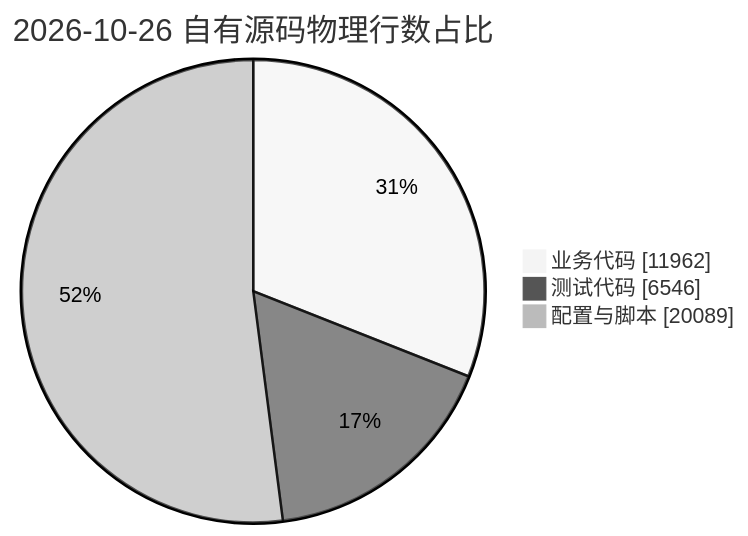
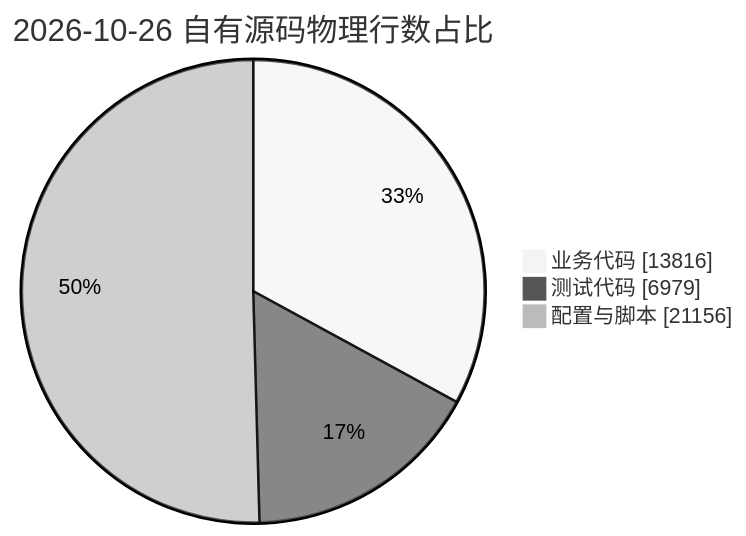
Before and after one commit to JobsKits/WindowsOS_Extension: the third of 3 diagrams in README.md, drawn with Mermaid (neutral theme). The commit also changed other lines of this file and 78 other files, not shown here.

````diff
--- a/README.md
+++ b/README.md
@@ -624,7 +632,7 @@
 ```mermaid
 pie showData
     title 2026-10-26 自有源码物理行数占比
-    "业务代码" : 11962
-    "测试代码" : 6546
-    "配置与脚本" : 20089
+    "业务代码" : 13816
+    "测试代码" : 6979
+    "配置与脚本" : 21156
 ```
````
